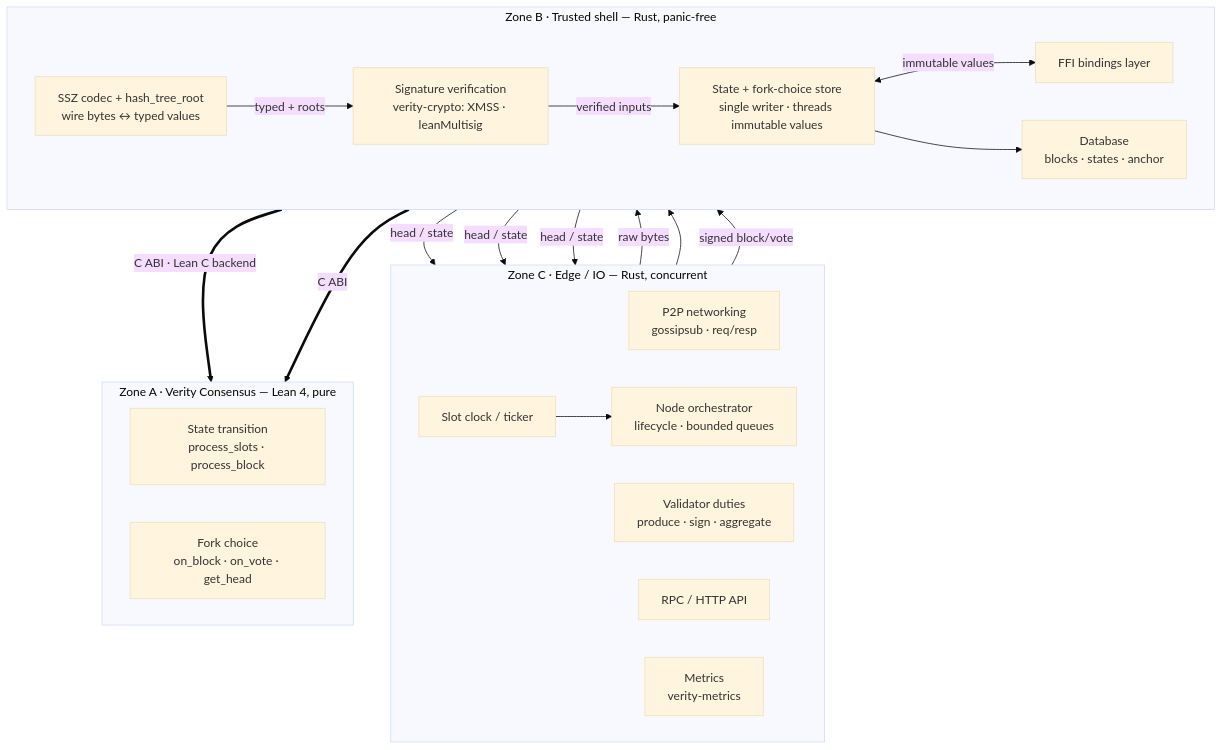
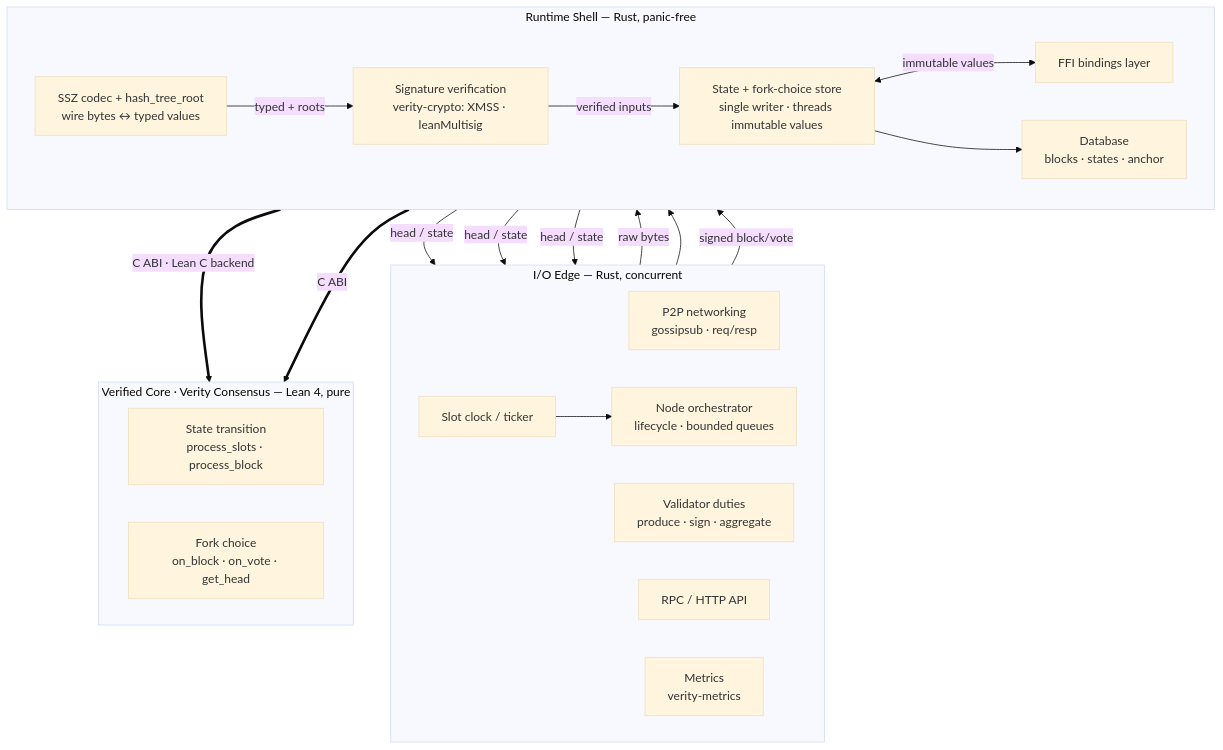
The first of 3 diagrams in ARCHITECTURE.md (NyxFoundation/verity), drawn with Mermaid (base theme) before and after one commit. The commit also changed other lines of this file and 2 other files, not shown here.

First line of the commit message:
docs: name the zones Verified Core / Runtime Shell / I/O Edge

````diff
--- a/ARCHITECTURE.md
+++ b/ARCHITECTURE.md
@@ -44,40 +44,40 @@
 ```mermaid
 flowchart TB
-    subgraph C["Zone C · Edge / IO — Rust, concurrent"]
+    subgraph C["I/O Edge — Rust, concurrent"]
         direction LR
         NET["P2P networking<br/>gossipsub · req/resp"]
         CLK["Slot clock / ticker"]
         VAL["Validator duties<br/>produce · sign · aggregate"]
         RPC["RPC / HTTP API"]
         MET["Metrics<br/>verity-metrics"]
         ORCH["Node orchestrator<br/>lifecycle · bounded queues"]
     end
 
-    subgraph B["Zone B · Trusted shell — Rust, panic-free"]
+    subgraph B["Runtime Shell — Rust, panic-free"]
         direction LR
         CODEC["SSZ codec + hash_tree_root<br/>wire bytes ↔ typed values"]
         CRYPTO["Signature verification<br/>verity-crypto: XMSS · leanMultisig"]
         STORE["State + fork-choice store<br/>single writer · threads immutable values"]
         DB["Database<br/>blocks · states · anchor"]
         FFI["FFI bindings layer"]
     end
 
-    subgraph A["Zone A · Verity Consensus — Lean 4, pure"]
+    subgraph A["Verified Core · Verity Consensus — Lean 4, pure"]
         direction LR
         STF["State transition<br/>process_slots · process_block"]
         FC["Fork choice<br/>on_block · on_vote · get_head"]
     end
 
     NET -->|"raw bytes"| CODEC
     CODEC -->|"typed + roots"| CRYPTO
     CRYPTO -->|"verified inputs"| STORE
     CLK --> ORCH --> STORE
     STORE <-->|"immutable values"| FFI
     FFI ==>|"C ABI · Lean C backend"| STF
     FFI ==>|"C ABI"| FC
     STORE --> DB
     STORE -->|"head / state"| VAL
     STORE -->|"head / state"| RPC
     STORE -->|"head / state"| MET
     VAL -->|"signed block/vote"| CODEC
 ```
````
